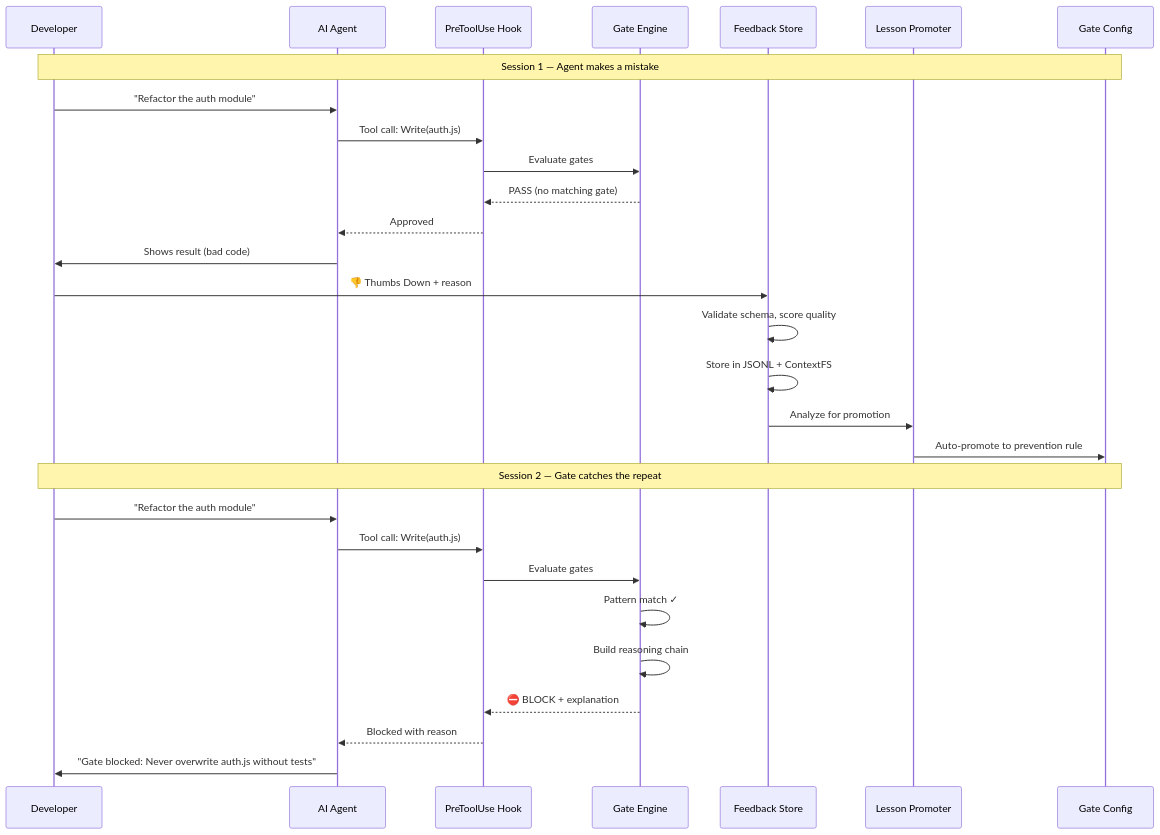
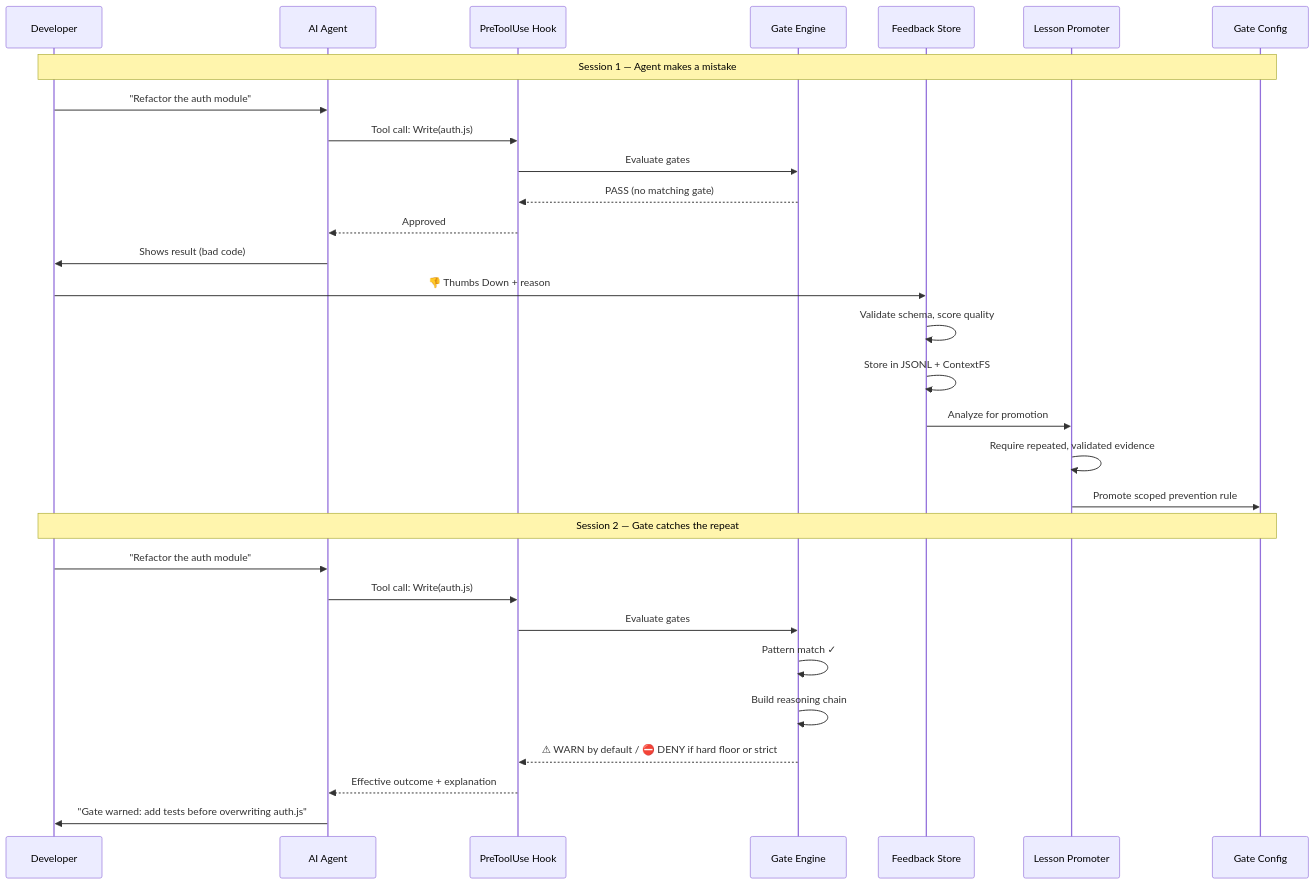
One commit to IgorGanapolsky/ThumbGate changed the diagram in docs/diagrams/feedback_pipeline.mmd. Above: the diagram before and after it, drawn with Mermaid. The commit also changed 10 other files, not shown here.

Commit message:
docs(architecture): explain operational proof

```diff
--- a/docs/diagrams/feedback_pipeline.mmd
+++ b/docs/diagrams/feedback_pipeline.mmd
@@ -1,31 +1,32 @@
 sequenceDiagram
     participant Dev as Developer
     participant Agent as AI Agent
     participant Hook as PreToolUse Hook
     participant Gate as Gate Engine
     participant FB as Feedback Store
     participant Promo as Lesson Promoter
     participant Config as Gate Config
 
     Note over Dev,Config: Session 1 — Agent makes a mistake
     Dev->>Agent: "Refactor the auth module"
     Agent->>Hook: Tool call: Write(auth.js)
     Hook->>Gate: Evaluate gates
     Gate-->>Hook: PASS (no matching gate)
     Hook-->>Agent: Approved
     Agent->>Dev: Shows result (bad code)
     Dev->>FB: 👎 Thumbs Down + reason
     FB->>FB: Validate schema, score quality
     FB->>FB: Store in JSONL + ContextFS
     FB->>Promo: Analyze for promotion
-    Promo->>Config: Auto-promote to prevention rule
+    Promo->>Promo: Require repeated, validated evidence
+    Promo->>Config: Promote scoped prevention rule
 
     Note over Dev,Config: Session 2 — Gate catches the repeat
     Dev->>Agent: "Refactor the auth module"
     Agent->>Hook: Tool call: Write(auth.js)
     Hook->>Gate: Evaluate gates
     Gate->>Gate: Pattern match ✓
     Gate->>Gate: Build reasoning chain
-    Gate-->>Hook: ⛔ BLOCK + explanation
-    Hook-->>Agent: Blocked with reason
-    Agent->>Dev: "Gate blocked: Never overwrite auth.js without tests"
+    Gate-->>Hook: ⚠ WARN by default / ⛔ DENY if hard floor or strict
+    Hook-->>Agent: Effective outcome + explanation
+    Agent->>Dev: "Gate warned: add tests before overwriting auth.js"
```
